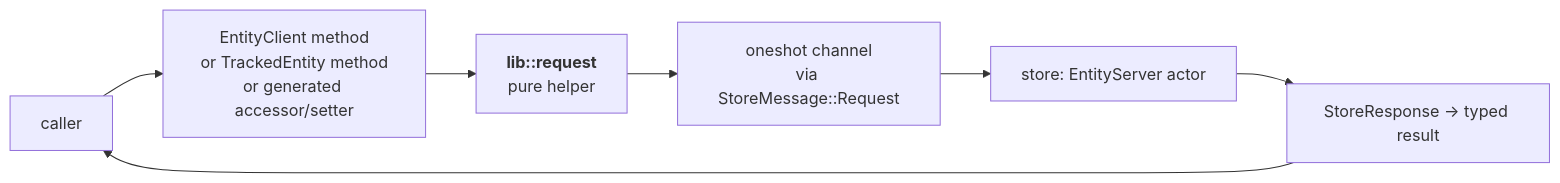
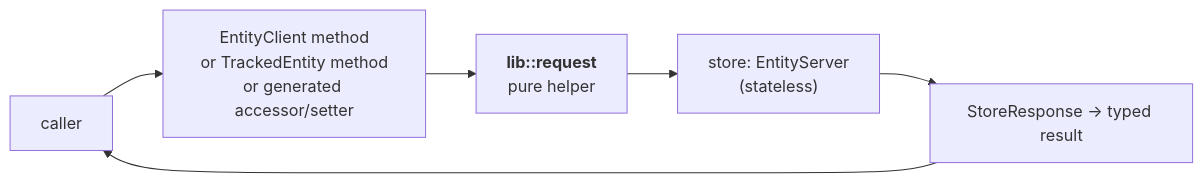
Before and after one commit to Gubbi/pari: the diagram in docs/design/layers/workspace.md, drawn with Mermaid. The commit also changed other lines of this file and 23 other files, not shown here.

First line of the commit message:
Make pari runtime-agnostic; collapse EntityServer to a stateless orchestrator

````diff
--- a/docs/design/layers/workspace.md
+++ b/docs/design/layers/workspace.md
@@ -46,11 +46,10 @@
 ```mermaid
 flowchart LR
     caller["caller"]
     client["EntityClient method<br/>or TrackedEntity method<br/>or generated accessor/setter"]
     req["<b>lib::request</b><br/>pure helper"]
-    chan["oneshot channel<br/>via StoreMessage::Request"]
-    server["store: EntityServer actor"]
+    server["store: EntityServer<br/>(stateless)"]
     resp["StoreResponse → typed result"]
 
-    caller --> client --> req --> chan --> server --> resp --> caller
+    caller --> client --> req --> server --> resp --> caller
 ```
````
